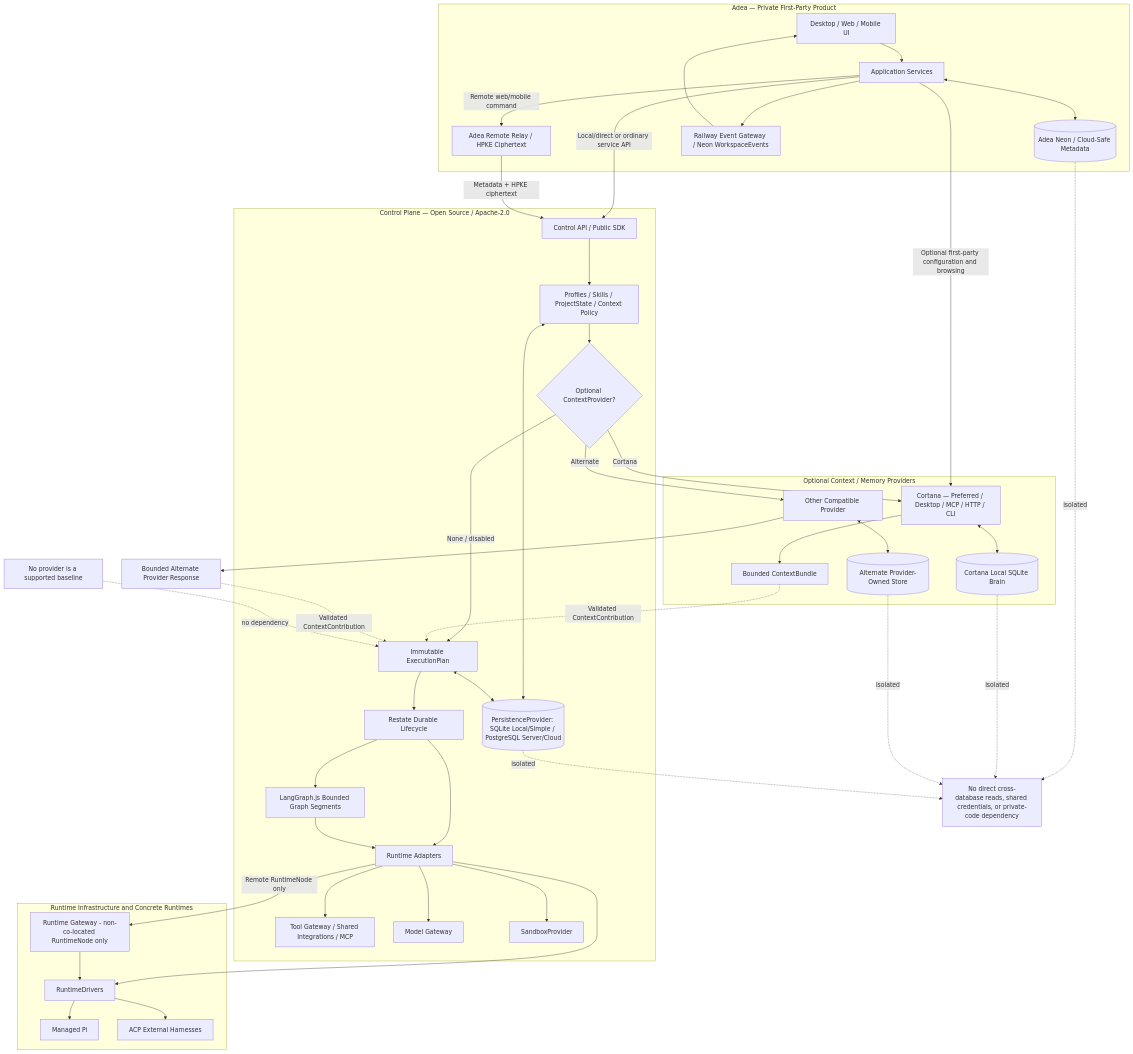
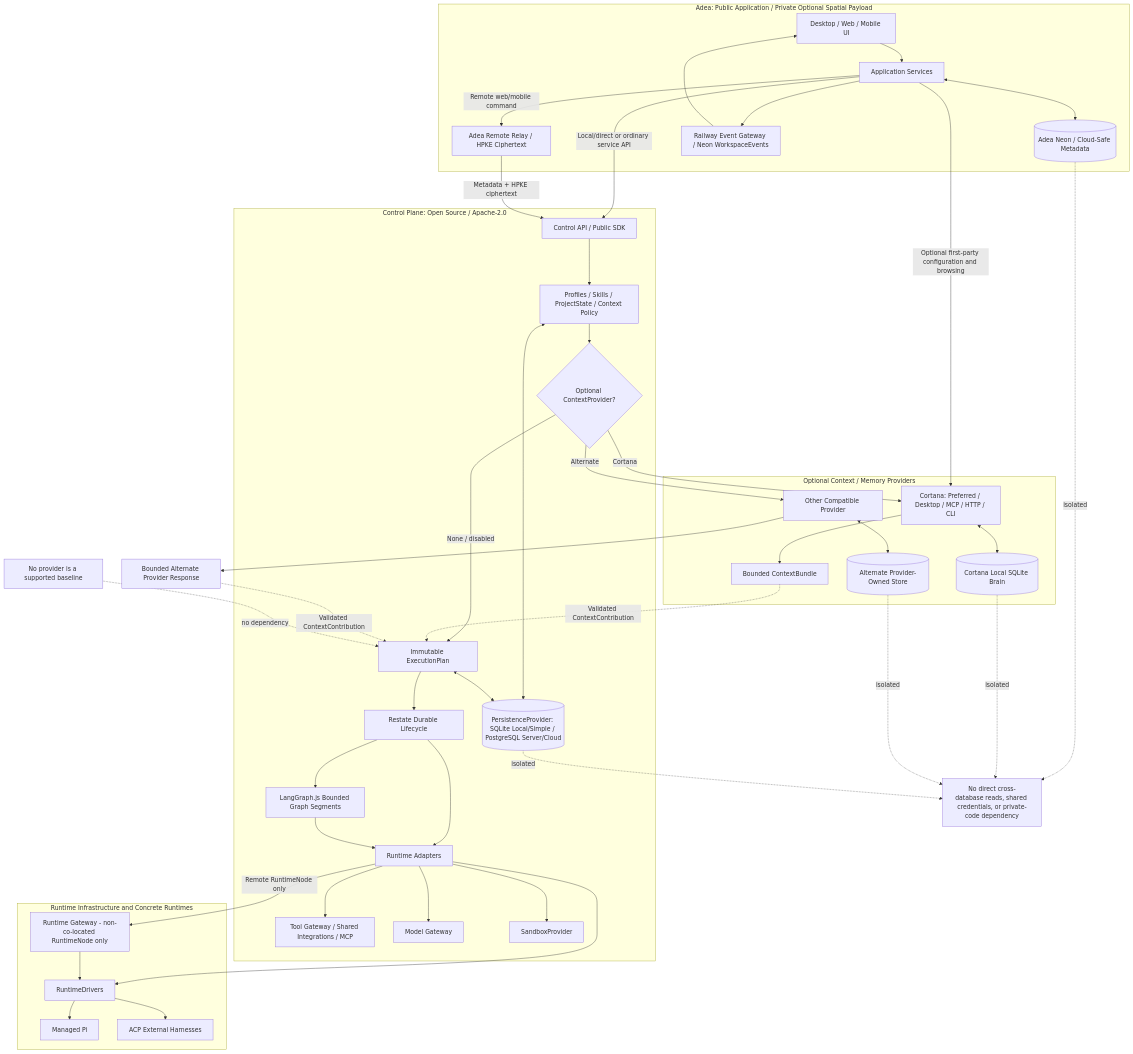
The second of 18 diagrams in docs/architecture/diagram-sources.md (adea-ai/adea), drawn with Mermaid before and after one commit. The commit also changed other lines of this file and 10 other files, not shown here.

Commit message:
docs: align active architecture and implementation guidance

````diff
--- a/docs/architecture/diagram-sources.md
+++ b/docs/architecture/diagram-sources.md
@@ -42,75 +67,75 @@
 ```mermaid
 flowchart TB
-    subgraph HQ["Adea — Private First-Party Product"]
+    subgraph HQ["Adea: Public Application / Private Optional Spatial Payload"]
         C[Desktop / Web / Mobile UI]
         API[Application Services]
         HQDB[(Adea Neon / Cloud-Safe Metadata)]
         RELAY[Adea Remote Relay / HPKE Ciphertext]
         EVT[Railway Event Gateway / Neon WorkspaceEvents]
     end
-    subgraph CP["Control Plane — Open Source / Apache-2.0"]
+    subgraph CP["Control Plane: Open Source / Apache-2.0"]
         CPAPI[Control API / Public SDK]
         POL[Profiles / Skills / ProjectState / Context Policy]
         CPO{Optional ContextProvider?}
         PLAN[Immutable ExecutionPlan]
         TW[Restate Durable Lifecycle]
         LG[LangGraph.js Bounded Graph Segments]
         RA[Runtime Adapters]
         TG[Tool Gateway / Shared Integrations / MCP]
         MG[Model Gateway]
         SB[SandboxProvider]
         CPDB[(PersistenceProvider: SQLite Local/Simple / PostgreSQL Server/Cloud)]
     end
     subgraph CT["Optional Context / Memory Providers"]
-        CTAPI[Cortana — Preferred / Desktop / MCP / HTTP / CLI]
+        CTAPI[Cortana: Preferred / Desktop / MCP / HTTP / CLI]
         CB[Bounded ContextBundle]
         CTDB[(Cortana Local SQLite Brain)]
         ALT[Other Compatible Provider]
         ALTDB[(Alternate Provider-Owned Store)]
     end
     subgraph RuntimeInfra["Runtime Infrastructure and Concrete Runtimes"]
         RG[Runtime Gateway - non-co-located RuntimeNode only]
         DR[RuntimeDrivers]
         PI[Managed Pi]
         EXT[ACP External Harnesses]
     end
     C --> API
     API <--> HQDB
     API --> EVT
     EVT --> C
     API -->|Local/direct or ordinary service API| CPAPI
     API -->|Remote web/mobile command| RELAY
     RELAY -->|Metadata + HPKE ciphertext| CPAPI
     API -->|Optional first-party configuration and browsing| CTAPI
     CPAPI --> POL
     POL --> CPO
     POL <--> CPDB
     PLAN <--> CPDB
     CPO -->|None / disabled| PLAN
     CPO -->|Cortana| CTAPI
     CPO -->|Alternate| ALT
     PLAN --> TW
     TW --> RA
     TW --> LG
     LG --> RA
     RA --> TG
     RA --> MG
     RA --> SB
     RA --> DR
     RA -->|Remote RuntimeNode only| RG
     CTAPI <--> CTDB
     CTAPI --> CB
     ALT <--> ALTDB
     ALT --> ACB[Bounded Alternate Provider Response]
     CB -. Validated ContextContribution .-> PLAN
     ACB -. Validated ContextContribution .-> PLAN
     RG --> DR
     DR --> PI
     DR --> EXT
     NOTE[No direct cross-database reads, shared credentials, or private-code dependency]
     HQDB -. isolated .-> NOTE
     CPDB -. isolated .-> NOTE
     CTDB -. isolated .-> NOTE
     ALTDB -. isolated .-> NOTE
     NONE[No provider is a supported baseline] -. no dependency .-> PLAN
 ```
````
